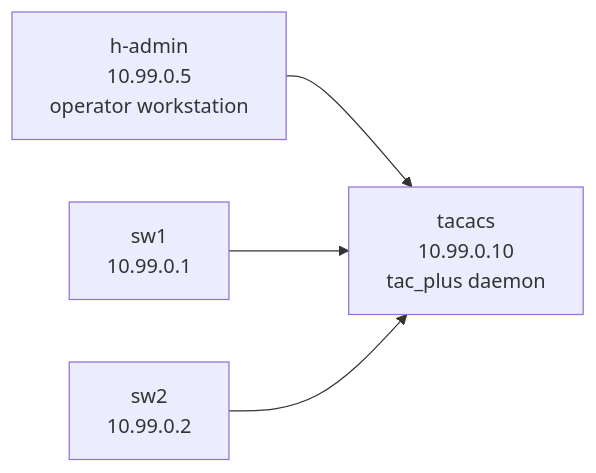
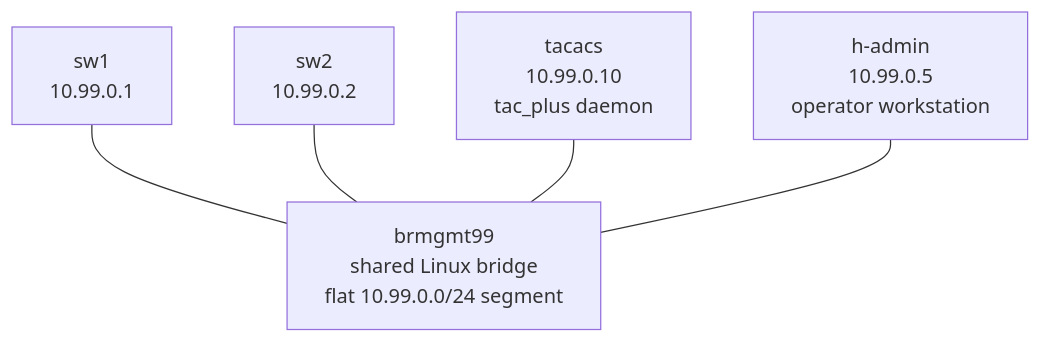
The diagram in labs/09-aaa-tacacs/README.md (alukacs03/clauntainerlab), drawn with Mermaid before and after one commit. The commit also changed other lines of this file and 88 other files, not shown here.

````diff
--- a/labs/09-aaa-tacacs/README.md
+++ b/labs/09-aaa-tacacs/README.md
@@ -36,7 +36,8 @@
 ```mermaid
-graph LR
-    hadm[h-admin<br/>10.99.0.5<br/>operator workstation] --> tac
-    tac[tacacs<br/>10.99.0.10<br/>tac_plus daemon]
-    sw1[sw1<br/>10.99.0.1] --> tac
-    sw2[sw2<br/>10.99.0.2] --> tac
+graph TB
+    br[brmgmt99<br/>shared Linux bridge<br/>flat 10.99.0.0/24 segment]
+    sw1[sw1<br/>10.99.0.1] --- br
+    sw2[sw2<br/>10.99.0.2] --- br
+    tac[tacacs<br/>10.99.0.10<br/>tac_plus daemon] --- br
+    hadm[h-admin<br/>10.99.0.5<br/>operator workstation] --- br
 ```
````
